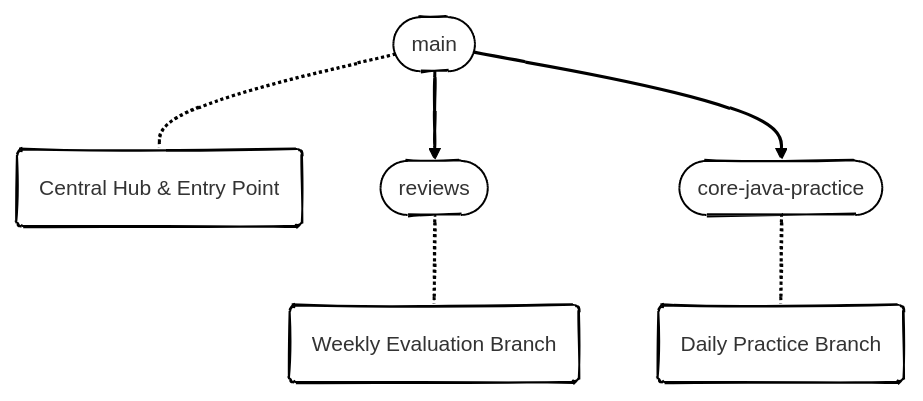
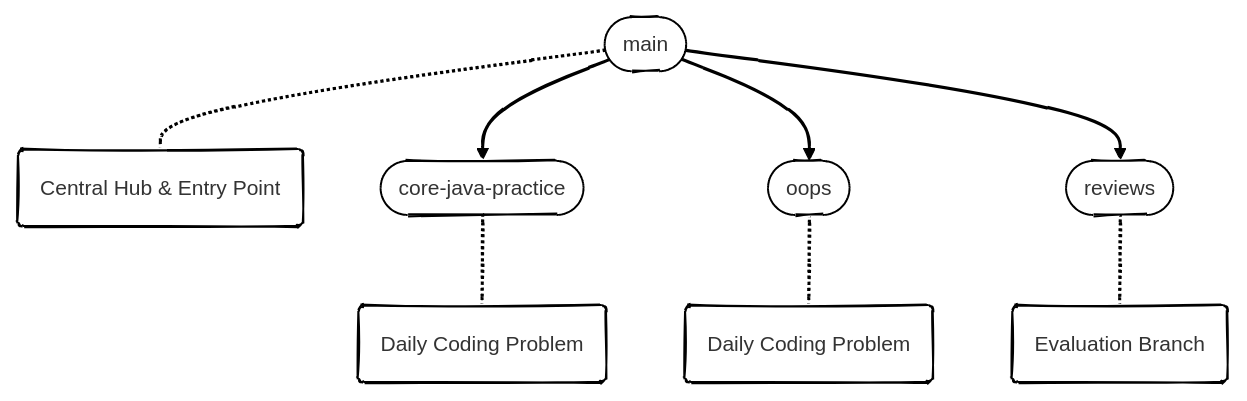
One commit to imprakhartripathi/BridgeLabz-Training changed the first of 2 diagrams in readme.md. Above: the diagram before and after it, drawn with Mermaid. The commit also changed other lines of this file and 1 other file, not shown here.

Commit message:
[Prakhar Tripathi] Refactored - Readme.md and Added - .gitignore in main

````diff
--- a/readme.md
+++ b/readme.md
@@ -130,22 +146,28 @@
 ```mermaid
 ---
 config:
   layout: dagre
   theme: neo
   look: handDrawn
 ---
 flowchart TB
     Main(["main"]) -.- MainCtx["Central Hub & Entry Point"]
-    Main --> Reviews(["reviews"]) & Core(["core-java-practice"])
-    Core -.- CoreCtx["Daily Practice Branch"]
-    Reviews -.- ReviewsCtx["Weekly Evaluation Branch"]
+
+    Main --> Core(["core-java-practice"])
+    Main --> OOPS(["oops"])
+    Main --> Reviews(["reviews"])
+
+    Core -.- CoreCtx["Daily Coding Problem"]
+    OOPS -.- OOPSCtx["Daily Coding Problem"]
+    Reviews -.- ReviewsCtx["Evaluation Branch"]
 
     MainCtx@{ shape: rounded}
     CoreCtx@{ shape: rounded}
+    OOPSCtx@{ shape: rounded}
     ReviewsCtx@{ shape: rounded}
+
     classDef branch fill:#ffffff,stroke:#555555
-    classDef Ash stroke-width:1px, stroke-dasharray:none, stroke:#999999, fill:#EEEEEE, color:#000000
     classDef context fill:#ffffff, stroke:#999999, stroke-dasharray:4 4
-    classDef hub fill:#BBDEFB, stroke:#000000, stroke-width:2px
     style Main fill:transparent
+
 ```
````
